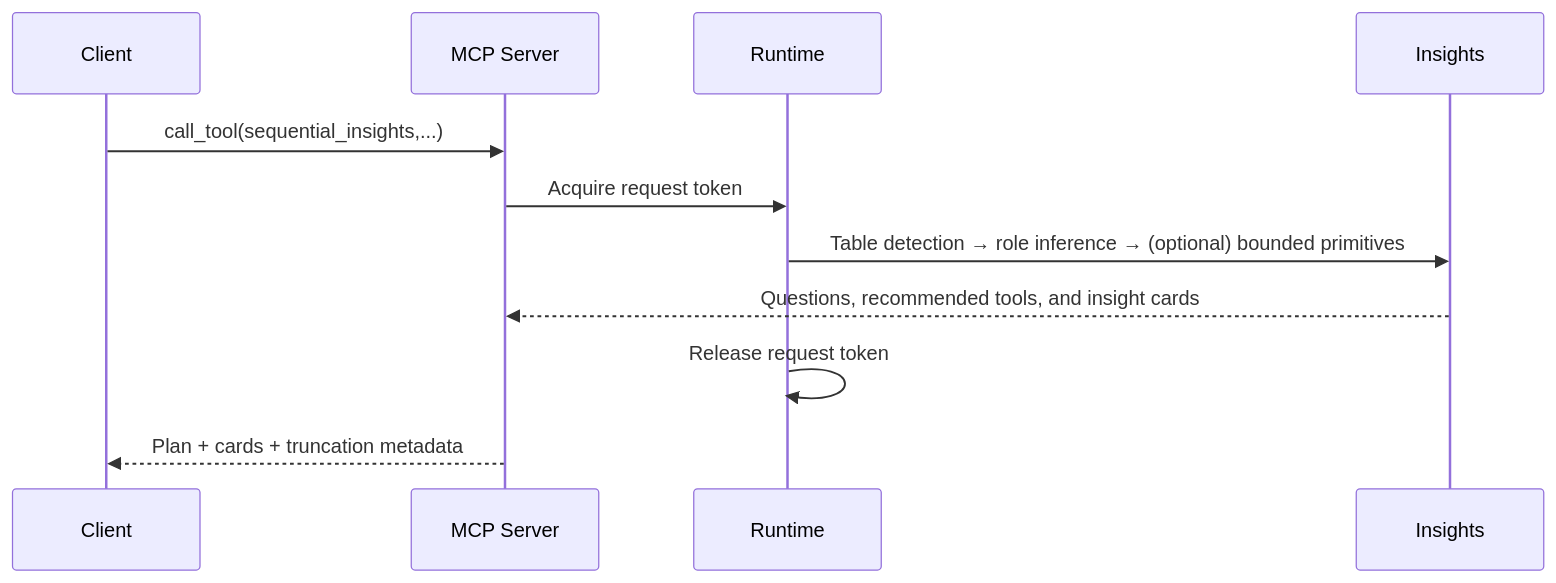
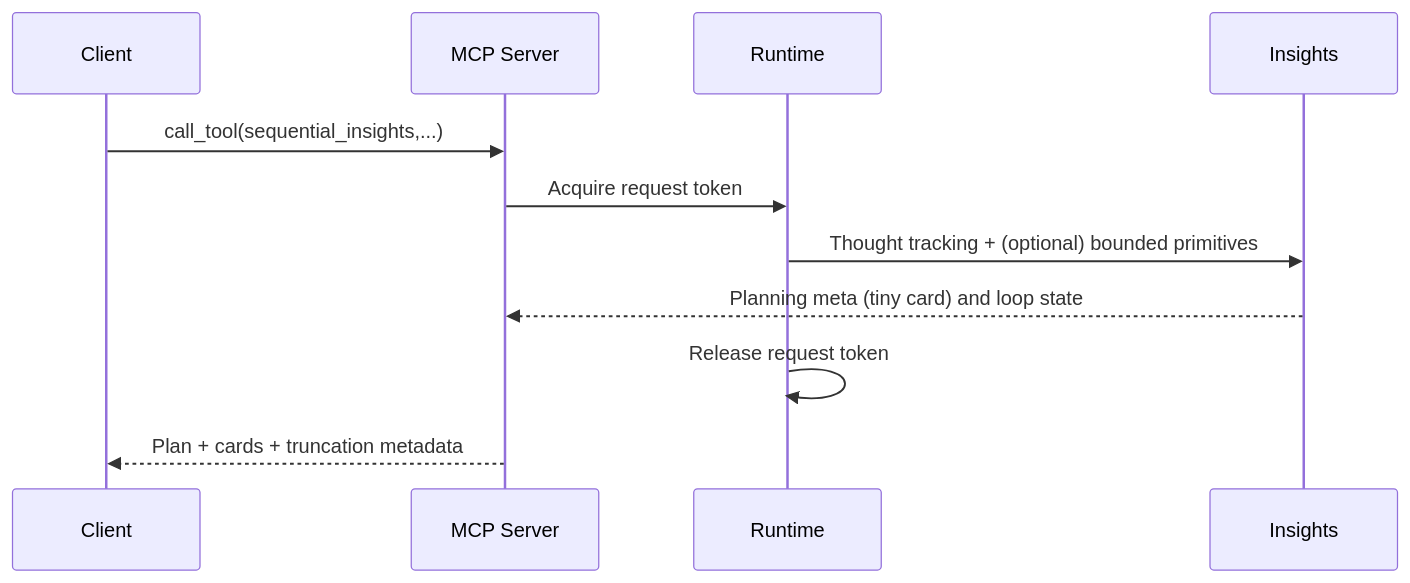
The third of 3 diagrams in design.md (vinodismyname/mcpxcel), drawn with Mermaid before and after one commit. The commit also changed other lines of this file and 12 other files, not shown here.

First line of the commit message:
insights: always-on planning card and interleaving cues (#26)

````diff
--- a/design.md
+++ b/design.md
@@ -218,15 +228,15 @@
 ```mermaid
 sequenceDiagram
     participant Client
     participant MCP as MCP Server
     participant Runtime
     participant Insights
     participant Insights
 
    Client->>MCP: call_tool(sequential_insights,...)
    MCP->>Runtime: Acquire request token
-   Runtime->>Insights: Table detection → role inference → (optional) bounded primitives
-   Insights-->>MCP: Questions, recommended tools, and insight cards
+   Runtime->>Insights: Thought tracking + (optional) bounded primitives
+   Insights-->>MCP: Planning meta (tiny card) and loop state
    Runtime->>Runtime: Release request token
    MCP-->>Client: Plan + cards + truncation metadata
 ```
````
